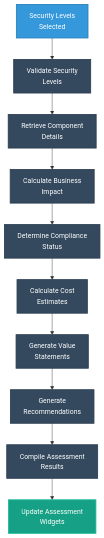
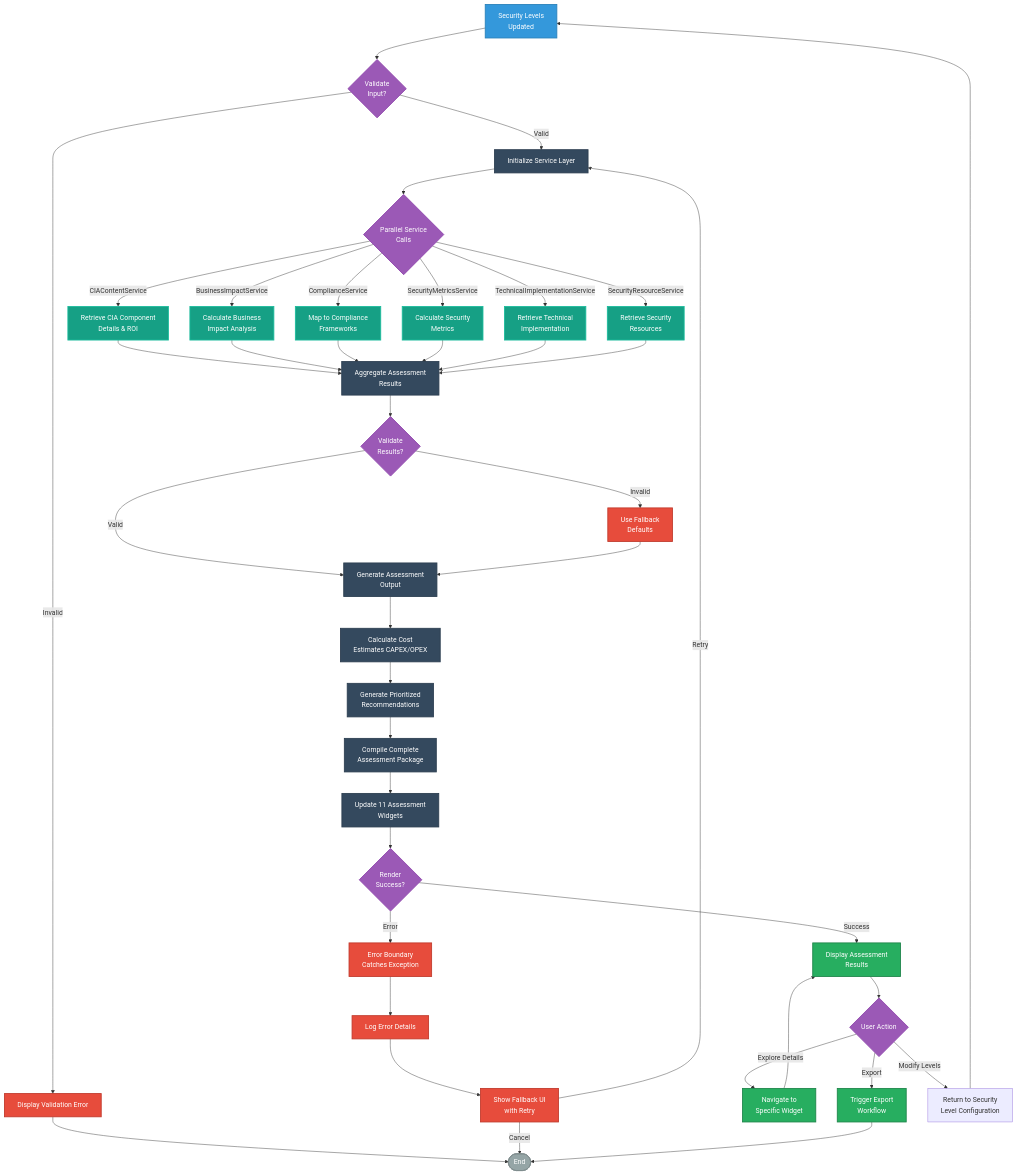
One commit to Hack23/cia-compliance-manager changed the second of 13 diagrams in docs/architecture/FLOWCHART.md. Above: the diagram before and after it, drawn with Mermaid. The commit also changed other lines of this file, not shown here.

Commit message:
Complete v1.0 FLOWCHART.md with comprehensive workflows and processes

````diff
--- a/docs/architecture/FLOWCHART.md
+++ b/docs/architecture/FLOWCHART.md
@@ -54,22 +127,67 @@
 ```mermaid
 flowchart TD
-    SecurityLevels[Security Levels<br>Selected] --> ValidateLevels[Validate Security<br>Levels]
-    ValidateLevels --> GetCIADetails[Retrieve Component<br>Details]
-    GetCIADetails --> CalcImpact[Calculate Business<br>Impact]
-    CalcImpact --> CalcCompliance[Determine Compliance<br>Status]
-    CalcCompliance --> CalcCost[Calculate Cost<br>Estimates]
-    CalcCost --> GenValue[Generate Value<br>Statements]
-    GenValue --> GenRecs[Generate<br>Recommendations]
-    GenRecs --> CompileResults[Compile Assessment<br>Results]
-    CompileResults --> UpdateWidgets[Update Assessment<br>Widgets]
+    SecurityLevels[Security Levels<br>Updated] --> ValidateLevels{Validate<br>Input?}
+    ValidateLevels -->|Valid| InitServices[Initialize Service Layer]
+    ValidateLevels -->|Invalid| ValidationError[Display Validation Error]
+    ValidationError --> End([End])
+    
+    InitServices --> ParallelFetch{Parallel Service<br>Calls}
+    
+    ParallelFetch -->|CIAContentService| GetCIADetails[Retrieve CIA Component<br>Details & ROI]
+    ParallelFetch -->|BusinessImpactService| CalcBusinessImpact[Calculate Business<br>Impact Analysis]
+    ParallelFetch -->|ComplianceService| MapCompliance[Map to Compliance<br>Frameworks]
+    ParallelFetch -->|SecurityMetricsService| CalcMetrics[Calculate Security<br>Metrics]
+    ParallelFetch -->|TechnicalImplementationService| GetTechDetails[Retrieve Technical<br>Implementation]
+    ParallelFetch -->|SecurityResourceService| GetResources[Retrieve Security<br>Resources]
+    
+    GetCIADetails --> Aggregate[Aggregate Assessment<br>Results]
+    CalcBusinessImpact --> Aggregate
+    MapCompliance --> Aggregate
+    CalcMetrics --> Aggregate
+    GetTechDetails --> Aggregate
+    GetResources --> Aggregate
+    
+    Aggregate --> ValidateResults{Validate<br>Results?}
+    ValidateResults -->|Valid| GenerateOutput[Generate Assessment<br>Output]
+    ValidateResults -->|Invalid| FallbackData[Use Fallback<br>Defaults]
+    FallbackData --> GenerateOutput
+    
+    GenerateOutput --> CalcCostEstimates[Calculate Cost<br>Estimates CAPEX/OPEX]
+    CalcCostEstimates --> GenRecommendations[Generate Prioritized<br>Recommendations]
+    GenRecommendations --> CompileResults[Compile Complete<br>Assessment Package]
+    CompileResults --> UpdateWidgets[Update 11 Assessment<br>Widgets]
+    
+    UpdateWidgets --> RenderCheck{Render<br>Success?}
+    RenderCheck -->|Success| DisplayResults[Display Assessment<br>Results]
+    RenderCheck -->|Error| ErrorBoundary[Error Boundary<br>Catches Exception]
+    ErrorBoundary --> LogError[Log Error Details]
+    LogError --> ShowFallbackUI[Show Fallback UI<br>with Retry]
+    ShowFallbackUI -->|Retry| InitServices
+    ShowFallbackUI -->|Cancel| End
+    
+    DisplayResults --> UserAction{User Action}
+    UserAction -->|Explore Details| DrillDown[Navigate to<br>Specific Widget]
+    UserAction -->|Export| TriggerExport[Trigger Export<br>Workflow]
+    UserAction -->|Modify Levels| UpdateLevels[Return to Security<br>Level Configuration]
+    
+    DrillDown --> DisplayResults
+    TriggerExport --> End
+    UpdateLevels --> SecurityLevels
     
     %% Apply styles using class definitions
     classDef input fill:#3498db,stroke:#2980b9,stroke-width:2px,color:white
     classDef process fill:#34495e,stroke:#2c3e50,stroke-width:2px,color:white
-    classDef data fill:#9b59b6,stroke:#8e44ad,stroke-width:2px,color:white
-    classDef output fill:#16a085,stroke:#1abc9c,stroke-width:2px,color:white
+    classDef service fill:#16a085,stroke:#1abc9c,stroke-width:2px,color:white
+    classDef decision fill:#9b59b6,stroke:#8e44ad,stroke-width:2px,color:white
+    classDef error fill:#e74c3c,stroke:#c0392b,stroke-width:2px,color:white
+    classDef output fill:#27ae60,stroke:#1e8449,stroke-width:2px,color:white
+    classDef endnode fill:#95a5a6,stroke:#7f8c8d,stroke-width:2px,color:white
     
     class SecurityLevels input
-    class ValidateLevels,GetCIADetails,CalcImpact,CalcCompliance,CalcCost,GenValue,GenRecs,CompileResults process
-    class UpdateWidgets output
+    class InitServices,Aggregate,GenerateOutput,CalcCostEstimates,GenRecommendations,CompileResults,UpdateWidgets process
+    class GetCIADetails,CalcBusinessImpact,MapCompliance,CalcMetrics,GetTechDetails,GetResources service
+    class ValidateLevels,ParallelFetch,ValidateResults,RenderCheck,UserAction decision
+    class ValidationError,FallbackData,ErrorBoundary,LogError,ShowFallbackUI error
+    class DisplayResults,DrillDown,TriggerExport output
+    class End endnode
 ```
````
